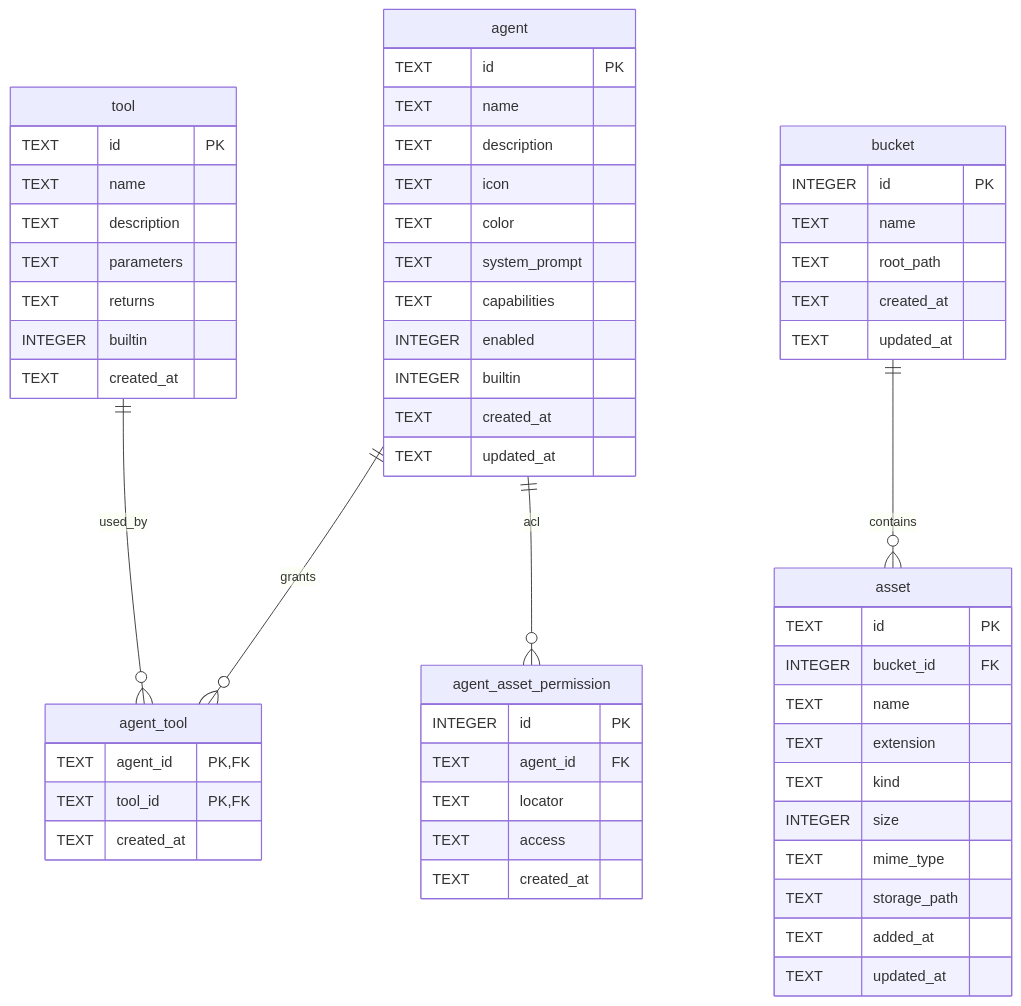
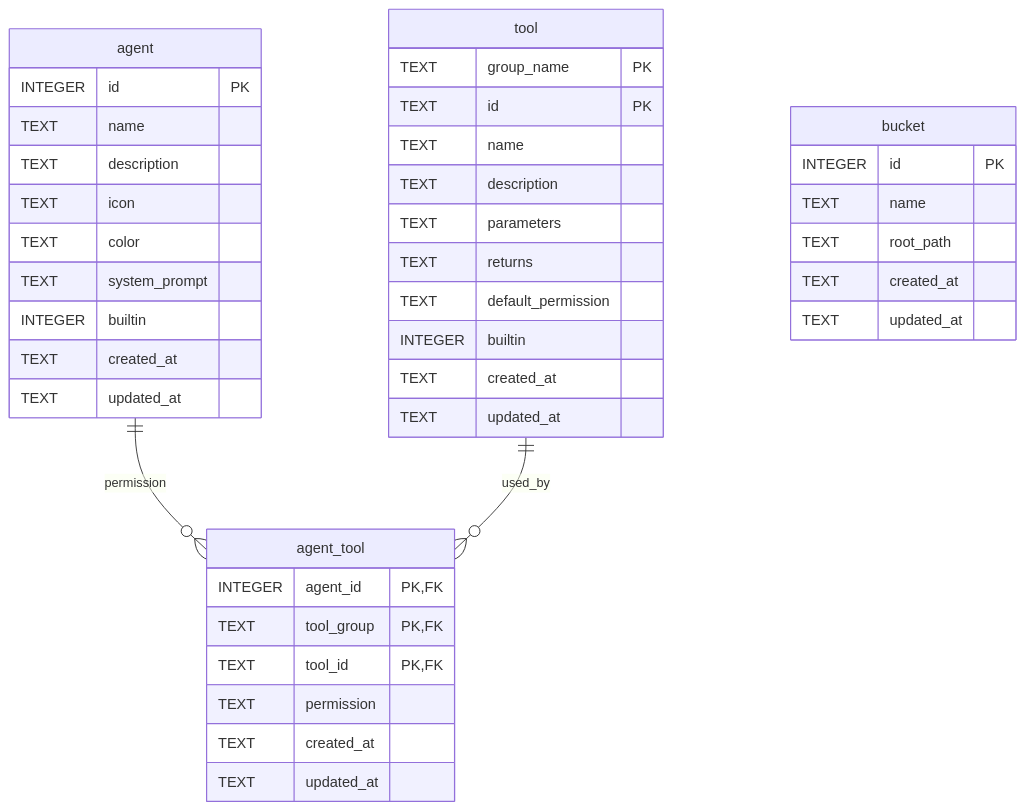
Before and after one commit to lzpoupl/LearningAgent: the diagram in docs/agent_module_design.md, drawn with Mermaid. The commit also changed other lines of this file and 2 other files, not shown here.

````diff
--- a/docs/agent_module_design.md
+++ b/docs/agent_module_design.md
@@ -73,61 +381,44 @@
 ```mermaid
 erDiagram
-    agent ||--o{ agent_tool : grants
+    agent ||--o{ agent_tool : permission
     tool  ||--o{ agent_tool : used_by
-    agent ||--o{ agent_asset_permission : acl
-    bucket ||--o{ asset : contains
 
     agent {
-        TEXT id PK
+        INTEGER id PK
         TEXT name
         TEXT description
         TEXT icon
         TEXT color
         TEXT system_prompt
-        TEXT capabilities
-        INTEGER enabled
         INTEGER builtin
         TEXT created_at
         TEXT updated_at
     }
     tool {
+        TEXT group_name PK
         TEXT id PK
         TEXT name
         TEXT description
         TEXT parameters
         TEXT returns
+        TEXT default_permission
         INTEGER builtin
         TEXT created_at
+        TEXT updated_at
     }
     agent_tool {
-        TEXT agent_id PK,FK
+        INTEGER agent_id PK,FK
+        TEXT tool_group PK,FK
         TEXT tool_id PK,FK
+        TEXT permission
         TEXT created_at
-    }
-    agent_asset_permission {
-        INTEGER id PK
-        TEXT agent_id FK
-        TEXT locator
-        TEXT access
-        TEXT created_at
+        TEXT updated_at
     }
     bucket {
         INTEGER id PK
         TEXT name
         TEXT root_path
         TEXT created_at
         TEXT updated_at
     }
-    asset {
-        TEXT id PK
-        INTEGER bucket_id FK
-        TEXT name
-        TEXT extension
-        TEXT kind
-        INTEGER size
-        TEXT mime_type
-        TEXT storage_path
-        TEXT added_at
-        TEXT updated_at
-    }
 ```
````
